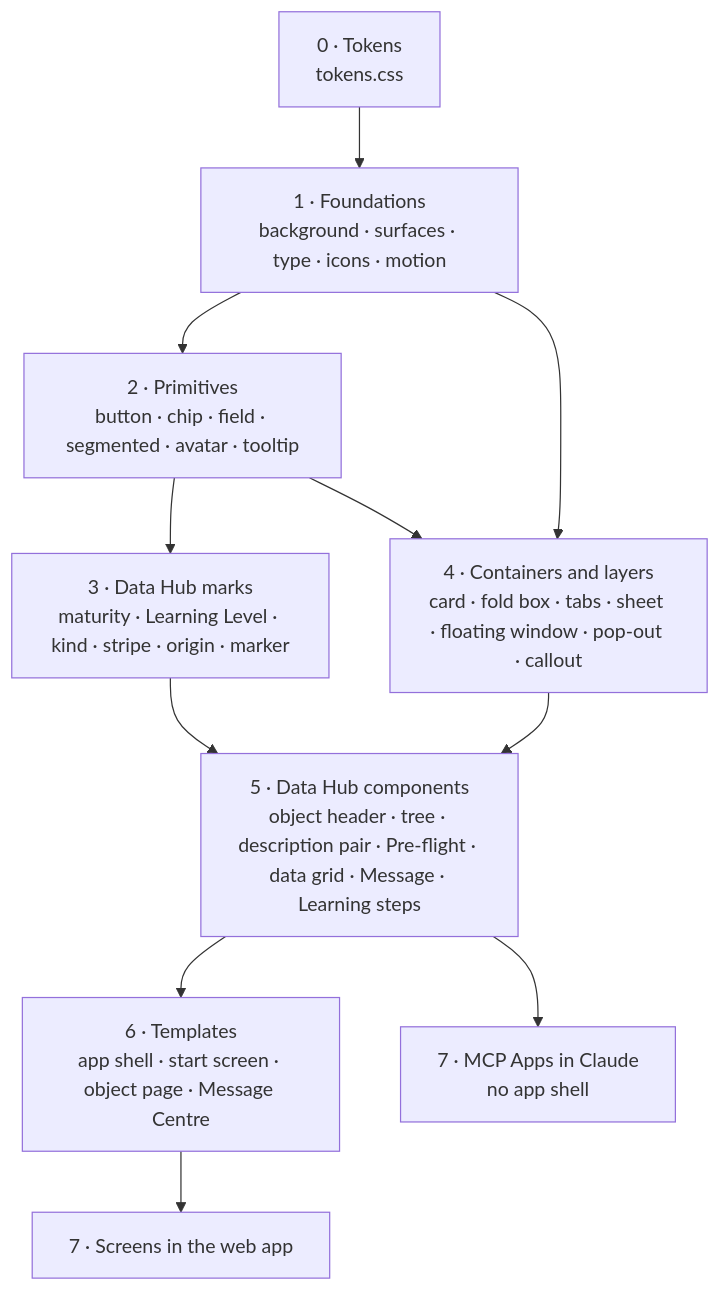
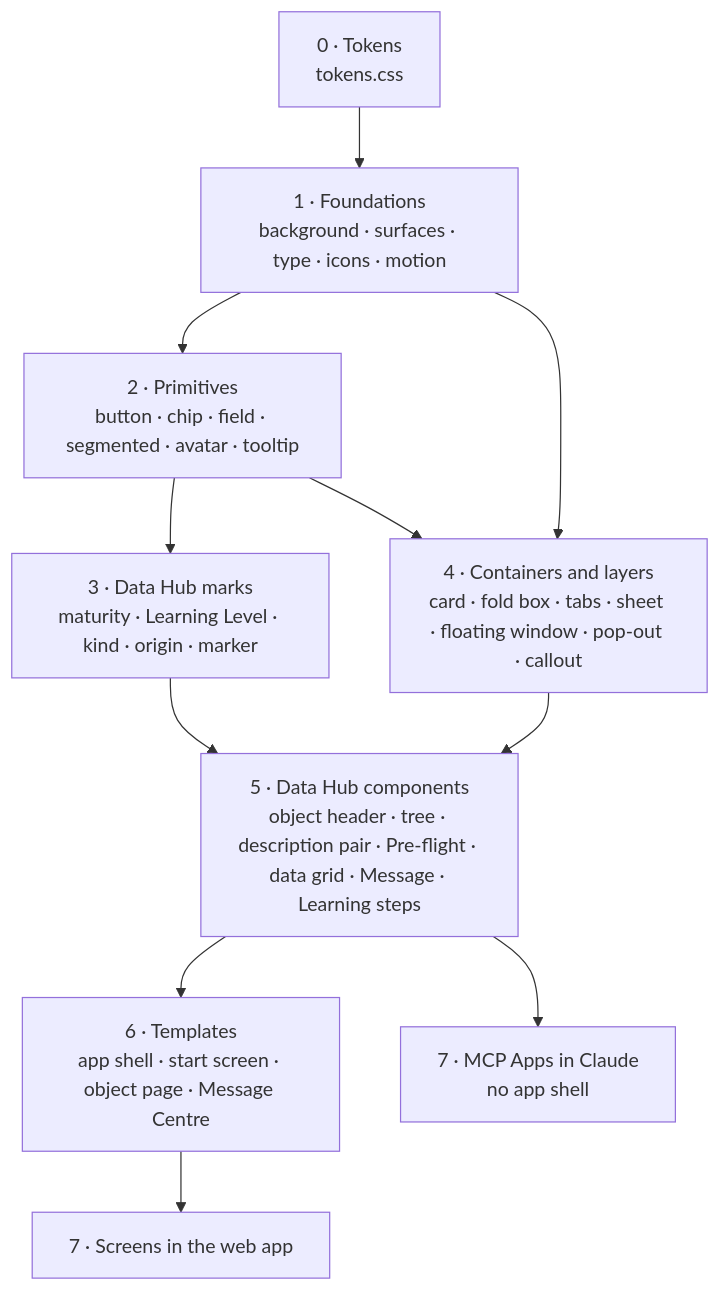
One commit to immoscoop-be/immoscoop-dataplatform-datahub changed the diagram in docs/design/components.md. Above: the diagram before and after it, drawn with Mermaid. The commit also changed other lines of this file and 28 other files, not shown here.

````diff
--- a/docs/design/components.md
+++ b/docs/design/components.md
@@ -32,13 +32,13 @@
 ```mermaid
 flowchart TB
   T["0 · Tokens<br/>tokens.css"] --> F["1 · Foundations<br/>background · surfaces · type · icons · motion"]
   F --> P["2 · Primitives<br/>button · chip · field · segmented · avatar · tooltip"]
   F --> C["4 · Containers and layers<br/>card · fold box · tabs · sheet · floating window · pop-out · callout"]
-  P --> M["3 · Data Hub marks<br/>maturity · Learning Level · kind · stripe · origin · marker"]
+  P --> M["3 · Data Hub marks<br/>maturity · Learning Level · kind · origin · marker"]
   P --> C
   M --> D["5 · Data Hub components<br/>object header · tree · description pair · Pre-flight · data grid · Message · Learning steps"]
   C --> D
   D --> TP["6 · Templates<br/>app shell · start screen · object page · Message Centre"]
   TP --> S["7 · Screens in the web app"]
   D --> MA["7 · MCP Apps in Claude<br/>no app shell"]
 ```
````
